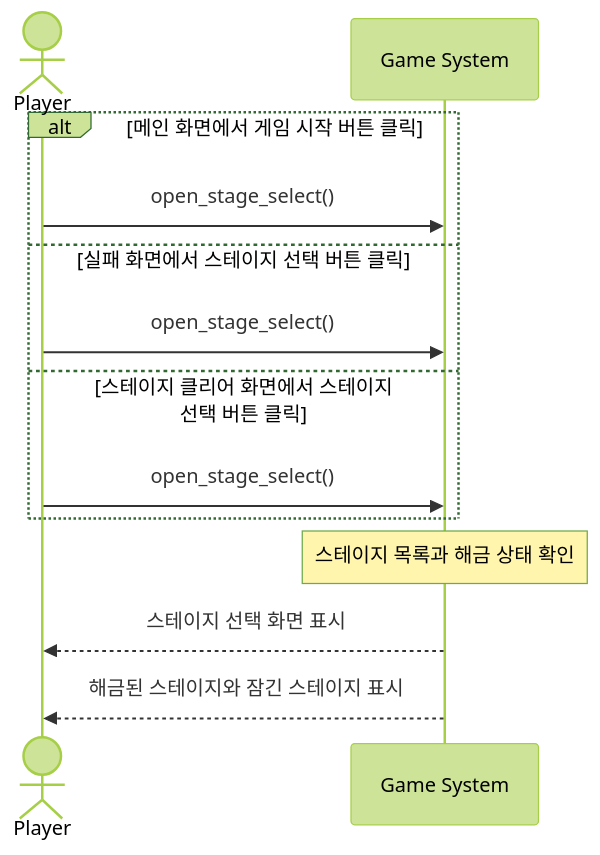
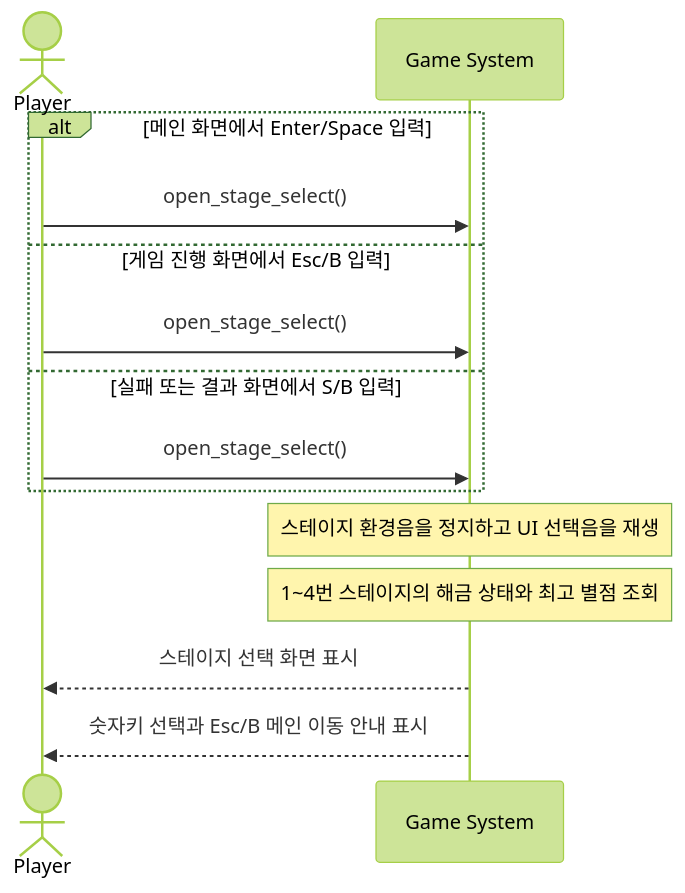
One commit to wisewo/kongoose changed the second of 7 diagrams in doc/04_system_sequence_diagrams.md. Above: the diagram before and after it, drawn with Mermaid (forest theme). The commit also changed other lines of this file and 33 other files, not shown here.

````diff
--- a/doc/04_system_sequence_diagrams.md
+++ b/doc/04_system_sequence_diagrams.md
@@ -47,17 +48,18 @@
 ```mermaid
 sequenceDiagram
     actor Player
     participant System as Game System
 
-    alt 메인 화면에서 게임 시작 버튼 클릭
+    alt 메인 화면에서 Enter/Space 입력
         Player->>System: open_stage_select()
-    else 실패 화면에서 스테이지 선택 버튼 클릭
+    else 게임 진행 화면에서 Esc/B 입력
         Player->>System: open_stage_select()
-    else 스테이지 클리어 화면에서 스테이지 선택 버튼 클릭
+    else 실패 또는 결과 화면에서 S/B 입력
         Player->>System: open_stage_select()
     end
 
-    Note over System: 스테이지 목록과 해금 상태 확인
+    Note over System: 스테이지 환경음을 정지하고 UI 선택음을 재생
+    Note over System: 1~4번 스테이지의 해금 상태와 최고 별점 조회
     System-->>Player: 스테이지 선택 화면 표시
-    System-->>Player: 해금된 스테이지와 잠긴 스테이지 표시
+    System-->>Player: 숫자키 선택과 Esc/B 메인 이동 안내 표시
 ```
````
